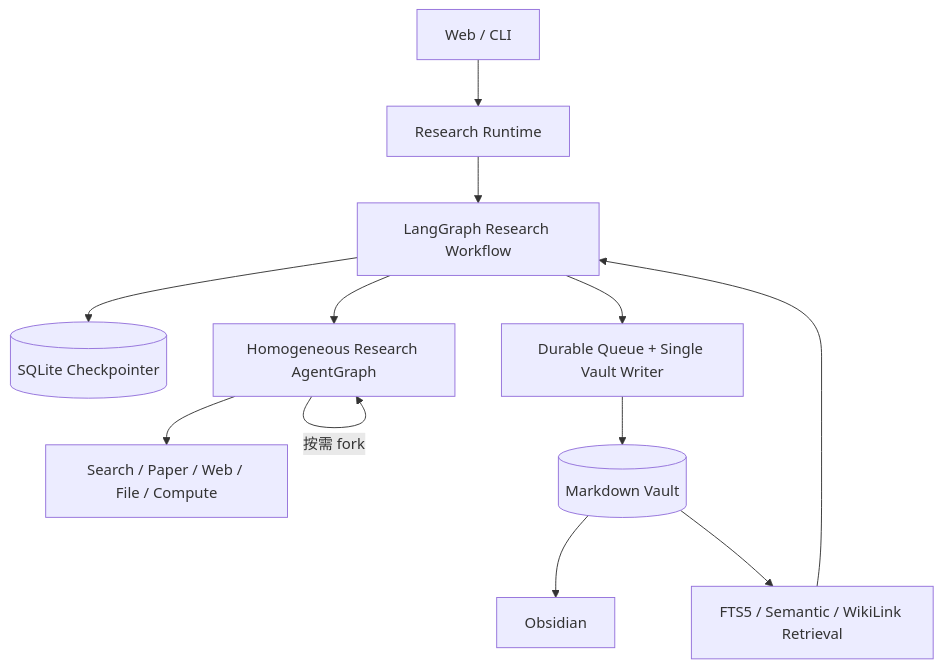
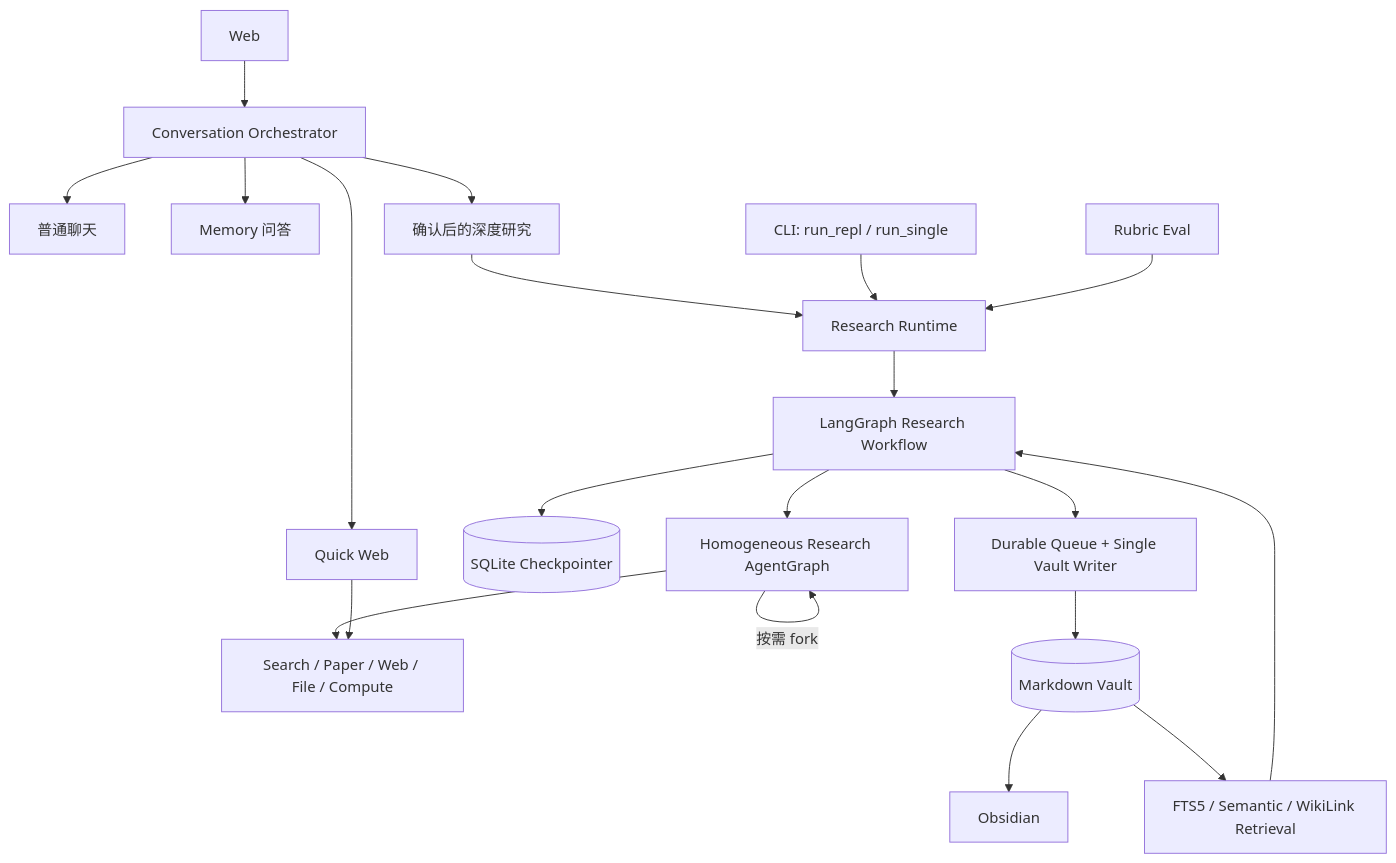
The second of 2 diagrams in README.md (boluodaixue/paperpilot), drawn with Mermaid before and after one commit. The commit also changed other lines of this file, not shown here.

````diff
--- a/README.md
+++ b/README.md
@@ -100,14 +109,22 @@
 ```mermaid
 flowchart TB
-    UI[Web / CLI] --> RT[Research Runtime]
+    WEB[Web] --> ORCH[Conversation Orchestrator]
+    ORCH --> CHAT[普通聊天]
+    ORCH --> MQA[Memory 问答]
+    ORCH --> QUICK[Quick Web]
+    ORCH --> PROPOSAL[确认后的深度研究]
+    PROPOSAL --> RT[Research Runtime]
+    CLI[CLI: run_repl / run_single] --> RT
+    EVAL[Rubric Eval] --> RT
     RT --> WF[LangGraph Research Workflow]
     WF --> CP[(SQLite Checkpointer)]
     WF --> AG[Homogeneous Research AgentGraph]
     AG -->|按需 fork| AG
     AG --> TOOLS[Search / Paper / Web / File / Compute]
+    QUICK --> TOOLS
     WF --> WRITER[Durable Queue + Single Vault Writer]
     WRITER --> VAULT[(Markdown Vault)]
     VAULT --> OBS[Obsidian]
     VAULT --> RETRIEVAL[FTS5 / Semantic / WikiLink Retrieval]
     RETRIEVAL --> WF
 ```
````
